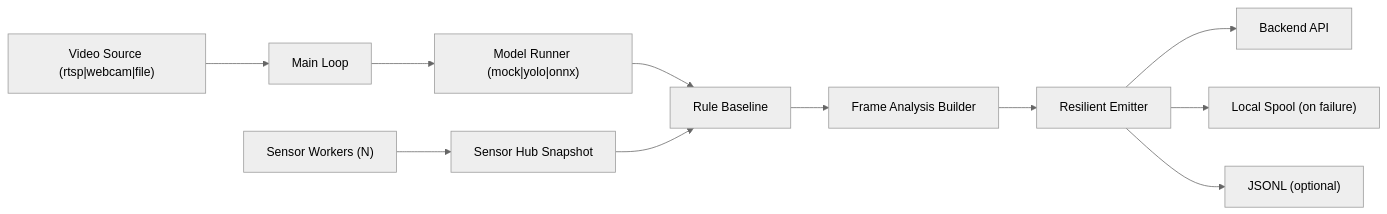
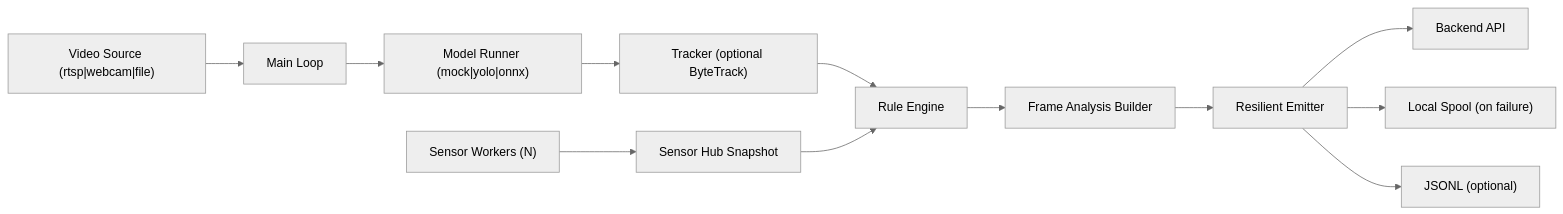
One commit to Capstone-Bug24/be-ai-endpoint changed the diagram in README.md. Above: the diagram before and after it, drawn with Mermaid (neutral theme). The commit also changed other lines of this file and 33 other files, not shown here.

````diff
--- a/README.md
+++ b/README.md
@@ -26,13 +27,14 @@
 ```mermaid
 flowchart LR
     A["Video Source (rtsp|webcam|file)"] --> B["Main Loop"]
     S["Sensor Workers (N)"] --> C["Sensor Hub Snapshot"]
     B --> D["Model Runner (mock|yolo|onnx)"]
-    D --> E["Rule Baseline"]
+    D --> T["Tracker (optional ByteTrack)"]
+    T --> E["Rule Engine"]
     C --> E
     E --> F["Frame Analysis Builder"]
     F --> G["Resilient Emitter"]
     G --> H["Backend API"]
     G --> I["Local Spool (on failure)"]
     G --> J["JSONL (optional)"]
 ```
````
